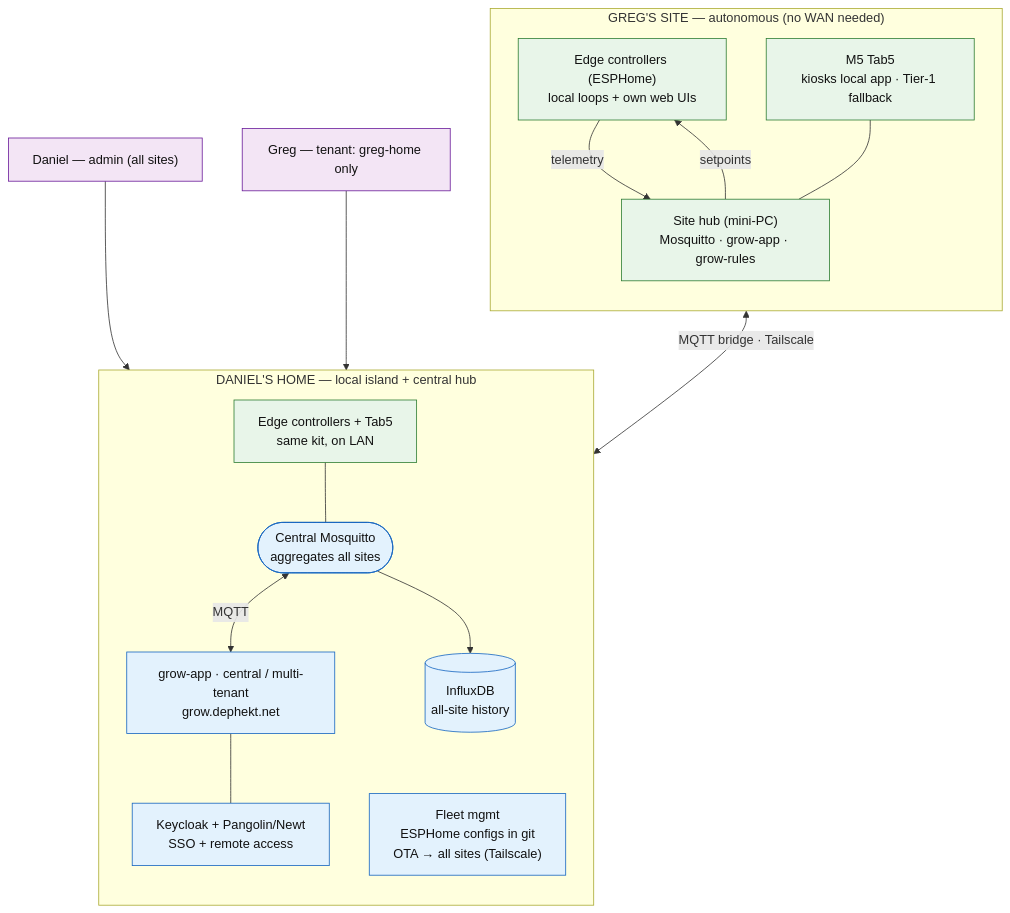
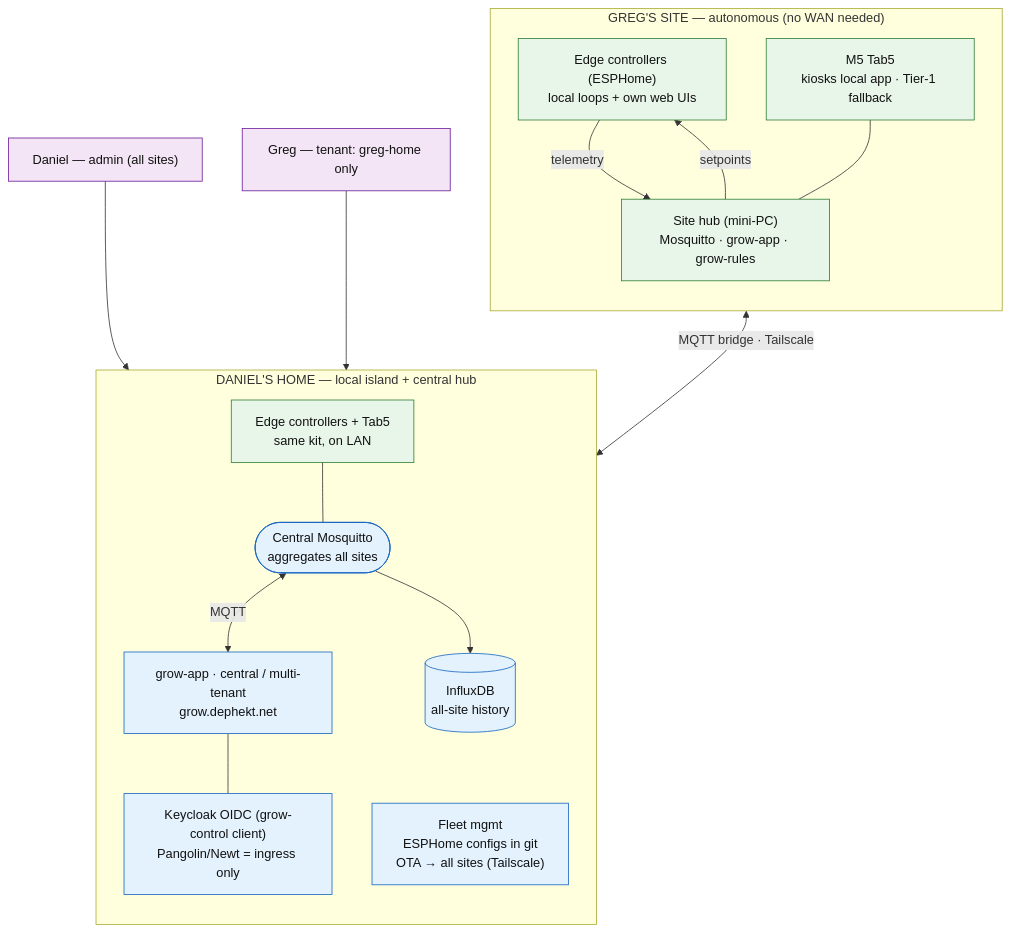
Before and after one commit to dephekt/agent-planning: the second of 3 diagrams in docs/briefs/grow-control-system.md, drawn with Mermaid. The commit also changed other lines of this file, not shown here.

First line of the commit message:
feat(grow-control): move human auth to app-level Keycloak OIDC

````diff
--- a/docs/briefs/grow-control-system.md
+++ b/docs/briefs/grow-control-system.md
@@ -91,38 +91,38 @@
 ```mermaid
 flowchart TB
   subgraph GREG["GREG'S SITE — autonomous (no WAN needed)"]
     direction TB
     GE["Edge controllers (ESPHome)<br/>local loops + own web UIs"]
     GH["Site hub (mini-PC)<br/>Mosquitto · grow-app · grow-rules"]
     GT["M5 Tab5<br/>kiosks local app · Tier-1 fallback"]
     GE -->|telemetry| GH
     GH -->|setpoints| GE
     GT --- GH
   end
 
   subgraph DAN["DANIEL'S HOME — local island + central hub"]
     direction TB
     DE["Edge controllers + Tab5<br/>same kit, on LAN"]
     CB(["Central Mosquitto<br/>aggregates all sites"])
     APP["grow-app · central / multi-tenant<br/>grow.dephekt.net"]
     TS[("InfluxDB<br/>all-site history")]
     FLEET["Fleet mgmt<br/>ESPHome configs in git<br/>OTA → all sites (Tailscale)"]
-    AUTH["Keycloak + Pangolin/Newt<br/>SSO + remote access"]
+    AUTH["Keycloak OIDC (grow-control client)<br/>Pangolin/Newt = ingress only"]
     DE --- CB
     CB <-->|MQTT| APP
     CB --> TS
     APP --- AUTH
   end
 
   GH <-->|"MQTT bridge · Tailscale"| CB
 
   DPHONE["Daniel — admin (all sites)"] --> AUTH
   GPHONE["Greg — tenant: greg-home only"] --> AUTH
 
   classDef site fill:#e8f5e9,stroke:#2e7d32,color:#111;
   classDef central fill:#e3f2fd,stroke:#1565c0,color:#111;
   classDef remote fill:#f3e5f5,stroke:#6a1b9a,color:#111;
   class GE,GH,GT,DE site;
   class CB,APP,TS,FLEET,AUTH central;
   class DPHONE,GPHONE remote;
 ```
````
